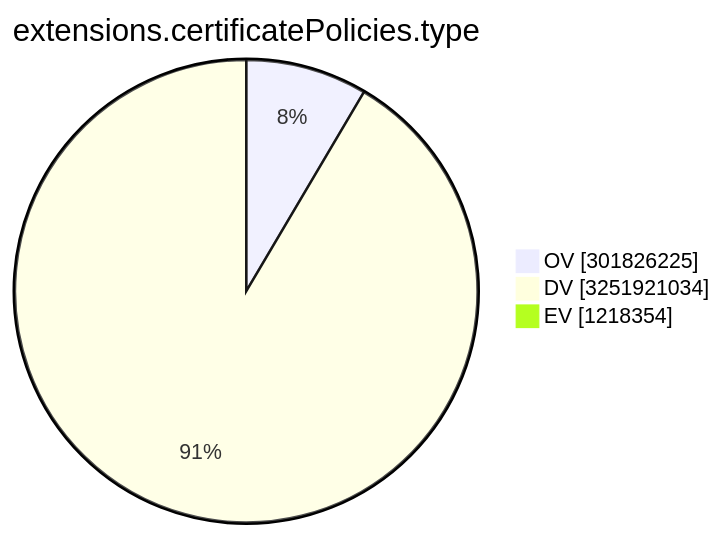
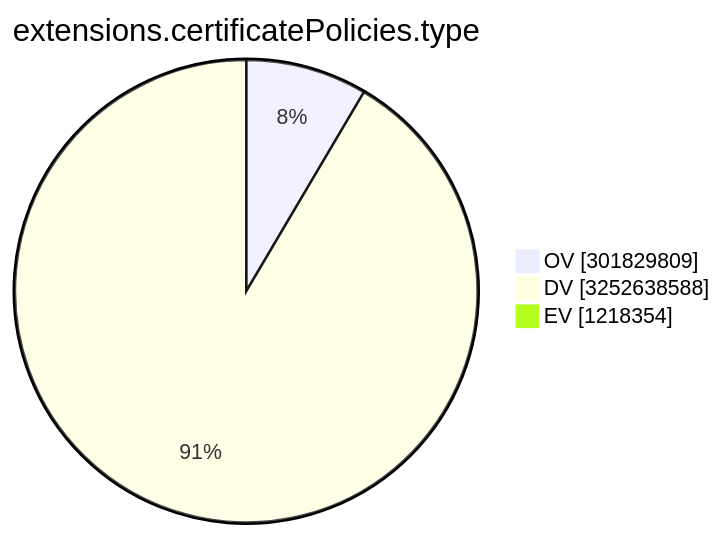
The ninth of 15 diagrams in TOTAL/README.md (christiankrug/ctmonitor_visualization), drawn with Mermaid before and after one commit. The commit also changed other lines of this file, not shown here.

````diff
--- a/TOTAL/README.md
+++ b/TOTAL/README.md
@@ -3107,7 +3107,7 @@
 ```mermaid
 pie showData
 title extensions.certificatePolicies.type
-"OV" :301826225
-"DV" :3251921034
+"OV" :301829809
+"DV" :3252638588
 "EV" :1218354
 ```
````
